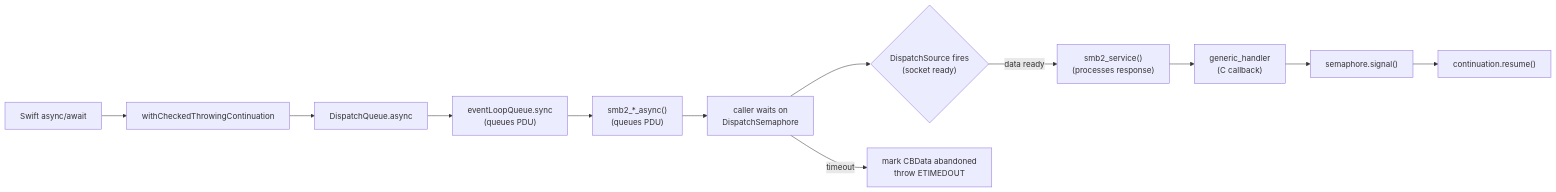
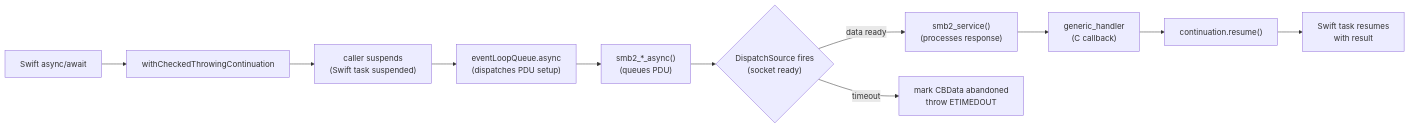
The third of 6 diagrams in docs/ARCHITECTURE.md (simplekube-ro/AMSMB2), drawn with Mermaid before and after one commit. The commit also changed other lines of this file and 5 other files, not shown here.

````diff
--- a/docs/ARCHITECTURE.md
+++ b/docs/ARCHITECTURE.md
@@ -83,14 +83,13 @@
 ```mermaid
 flowchart LR
     A["Swift async/await"] --> B["withCheckedThrowingContinuation"]
-    B --> C["DispatchQueue.async"]
-    C --> D["eventLoopQueue.sync<br/>(queues PDU)"]
+    B --> C["caller suspends<br/>(Swift task suspended)"]
+    C --> D["eventLoopQueue.async<br/>(dispatches PDU setup)"]
     D --> E["smb2_*_async()<br/>(queues PDU)"]
-    E --> F["caller waits on<br/>DispatchSemaphore"]
-    F --> G{"DispatchSource fires<br/>(socket ready)"}
-    G -->|"data ready"| H["smb2_service()<br/>(processes response)"]
-    H --> I["generic_handler<br/>(C callback)"]
-    I --> J["semaphore.signal()"]
-    J --> K["continuation.resume()"]
-    F -->|"timeout"| L["mark CBData abandoned<br/>throw ETIMEDOUT"]
+    E --> F{"DispatchSource fires<br/>(socket ready)"}
+    F -->|"data ready"| G["smb2_service()<br/>(processes response)"]
+    G --> H["generic_handler<br/>(C callback)"]
+    H --> I["continuation.resume()"]
+    I --> J["Swift task resumes<br/>with result"]
+    F -->|"timeout"| K["mark CBData abandoned<br/>throw ETIMEDOUT"]
 ```
````
